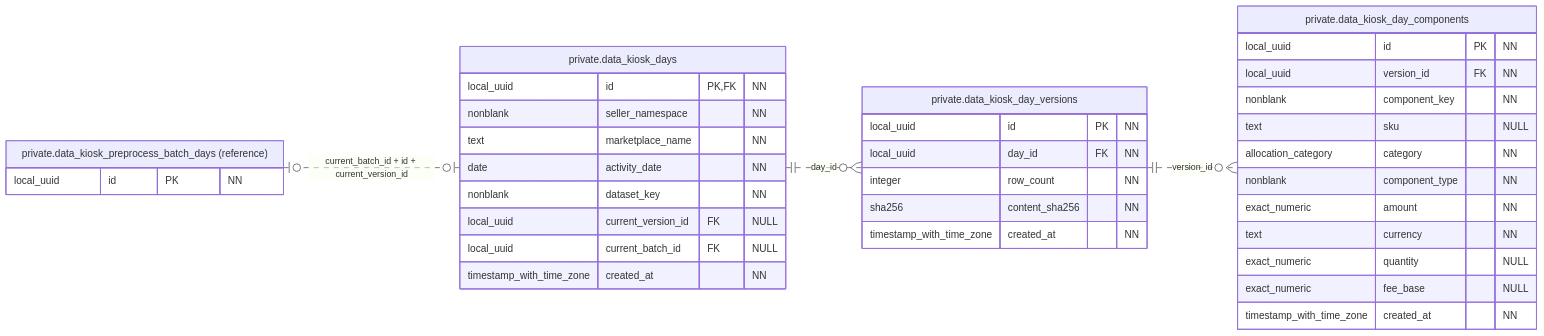
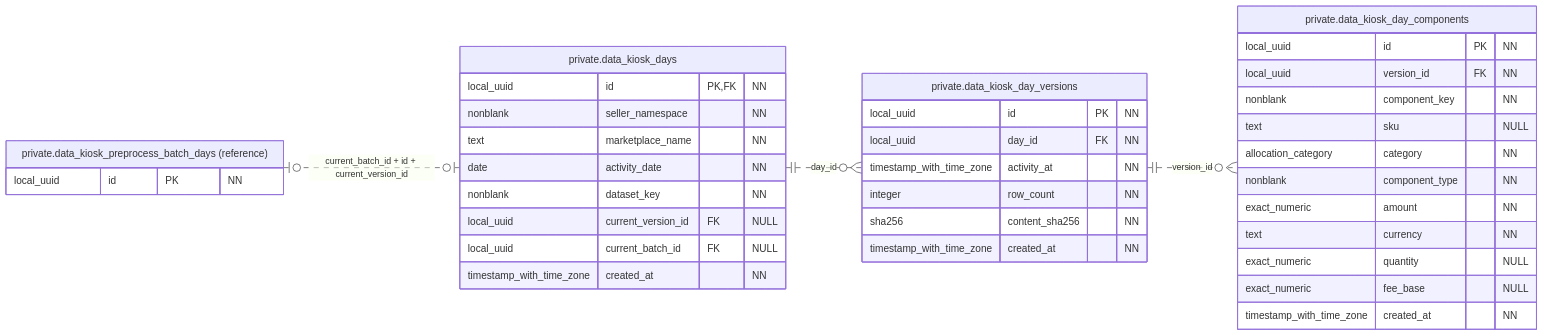
Before and after one commit to qwercxzsda/A-SelBox: the diagram in docs/figures/database/05-data-kiosk-facts.mmd, drawn with Mermaid. The commit also changed 126 other files, not shown here.

```diff
--- a/docs/figures/database/05-data-kiosk-facts.mmd
+++ b/docs/figures/database/05-data-kiosk-facts.mmd
@@ -1,42 +1,43 @@
 erDiagram
     direction LR
     private_data_kiosk_preprocess_batch_days o|..o| private_data_kiosk_days : "current_batch_id + id + current_version_id"
     private_data_kiosk_days ||..o{ private_data_kiosk_day_versions : "day_id"
     private_data_kiosk_day_versions ||..o{ private_data_kiosk_day_components : "version_id"
 
     private_data_kiosk_days["private.data_kiosk_days"] {
         local_uuid id PK, FK "NN"
         nonblank seller_namespace "NN"
         text marketplace_name "NN"
         date activity_date "NN"
         nonblank dataset_key "NN"
         local_uuid current_version_id FK "NULL"
         local_uuid current_batch_id FK "NULL"
         timestamp_with_time_zone created_at "NN"
     }
 
     private_data_kiosk_day_versions["private.data_kiosk_day_versions"] {
         local_uuid id PK "NN"
         local_uuid day_id FK "NN"
+        timestamp_with_time_zone activity_at "NN"
         integer row_count "NN"
         sha256 content_sha256 "NN"
         timestamp_with_time_zone created_at "NN"
     }
 
     private_data_kiosk_day_components["private.data_kiosk_day_components"] {
         local_uuid id PK "NN"
         local_uuid version_id FK "NN"
         nonblank component_key "NN"
         text sku "NULL"
         allocation_category category "NN"
         nonblank component_type "NN"
         exact_numeric amount "NN"
         text currency "NN"
         exact_numeric quantity "NULL"
         exact_numeric fee_base "NULL"
         timestamp_with_time_zone created_at "NN"
     }
 
     private_data_kiosk_preprocess_batch_days["private.data_kiosk_preprocess_batch_days (reference)"] {
         local_uuid id PK "NN"
     }
```
